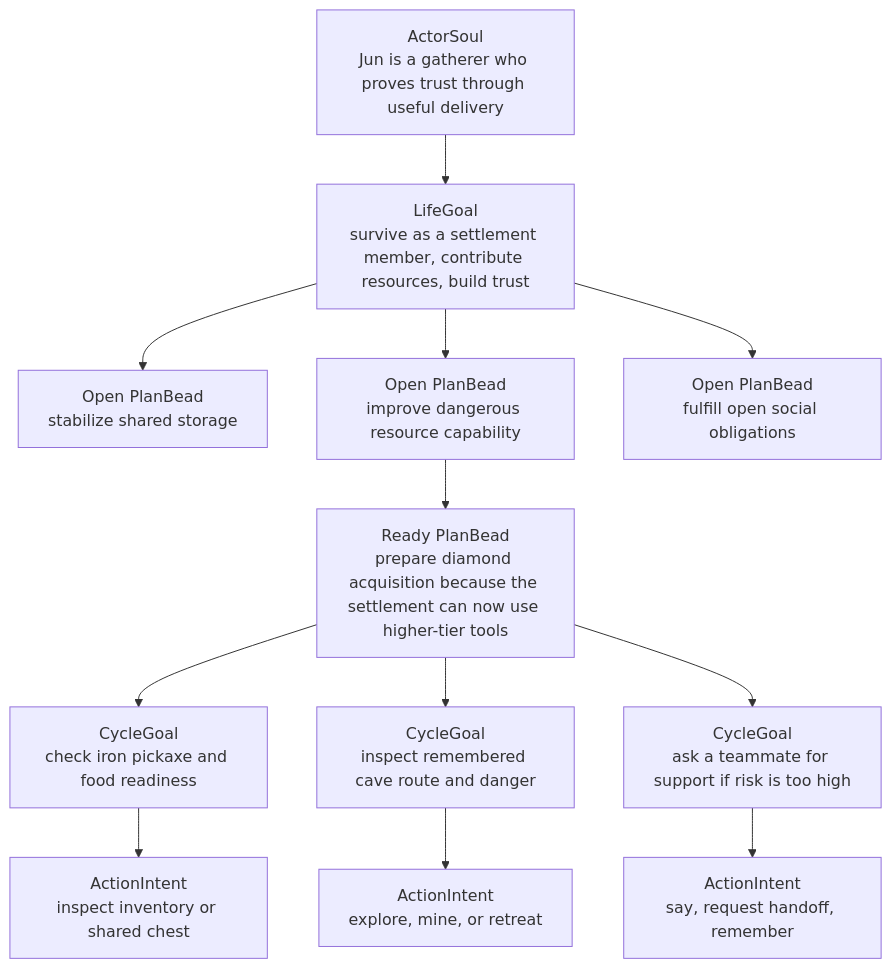
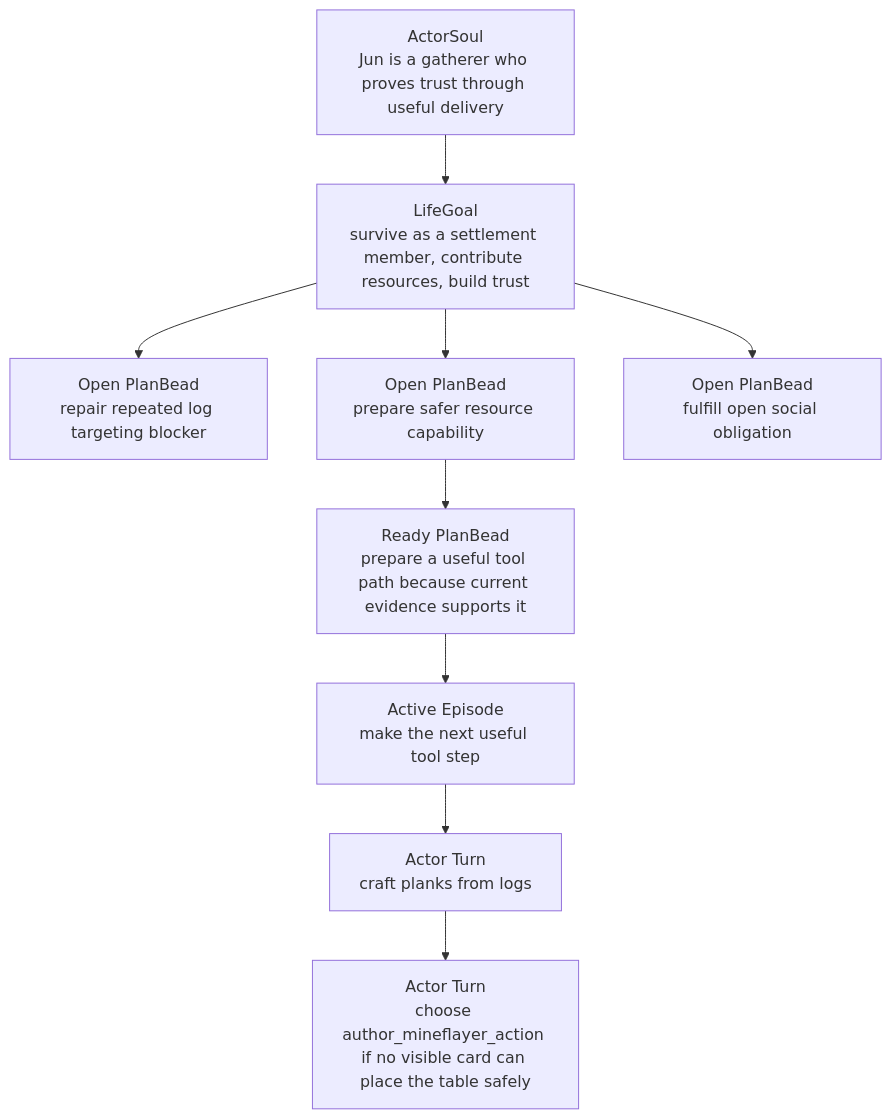
Before and after one commit to gigio1023/minecraft-llm-agent-community: the second of 2 diagrams in project-docs/Architecture/Soul-Life-Goal-Runtime-Architecture.md, drawn with Mermaid. The commit also changed other lines of this file and 21 other files, not shown here.

Commit message:
Align docs with Actor Turn tool flow

````diff
--- a/project-docs/Architecture/Soul-Life-Goal-Runtime-Architecture.md
+++ b/project-docs/Architecture/Soul-Life-Goal-Runtime-Architecture.md
@@ -370,14 +384,19 @@
 ```mermaid
 flowchart TB
-  A["ActorSoul<br/>Jun is a gatherer who proves trust through useful delivery"] --> B["LifeGoal<br/>survive as a settlement member, contribute resources, build trust"]
-  B --> C1["Open PlanBead<br/>stabilize shared storage"]
-  B --> C2["Open PlanBead<br/>improve dangerous resource capability"]
-  B --> C3["Open PlanBead<br/>fulfill open social obligations"]
-  C2 --> D["Ready PlanBead<br/>prepare diamond acquisition because the settlement can now use higher-tier tools"]
-  D --> E1["CycleGoal<br/>check iron pickaxe and food readiness"]
-  D --> E2["CycleGoal<br/>inspect remembered cave route and danger"]
-  D --> E3["CycleGoal<br/>ask a teammate for support if risk is too high"]
-  E1 --> F["ActionIntent<br/>inspect inventory or shared chest"]
-  E2 --> G["ActionIntent<br/>explore, mine, or retreat"]
-  E3 --> H["ActionIntent<br/>say, request handoff, remember"]
+  Soul["ActorSoul<br/>Jun is a gatherer who proves trust through useful delivery"]
+  Life["LifeGoal<br/>survive as a settlement member, contribute resources, build trust"]
+  B1["Open PlanBead<br/>repair repeated log targeting blocker"]
+  B2["Open PlanBead<br/>prepare safer resource capability"]
+  B3["Open PlanBead<br/>fulfill open social obligation"]
+  Ready["Ready PlanBead<br/>prepare a useful tool path because current evidence supports it"]
+  Episode["Active Episode<br/>make the next useful tool step"]
+  Turn1["Actor Turn<br/>craft planks from logs"]
+  Turn2["Actor Turn<br/>choose author_mineflayer_action if no visible card can place the table safely"]
+
+  Soul --> Life
+  Life --> B1
+  Life --> B2
+  Life --> B3
+  B2 --> Ready --> Episode
+  Episode --> Turn1 --> Turn2
 ```
````
